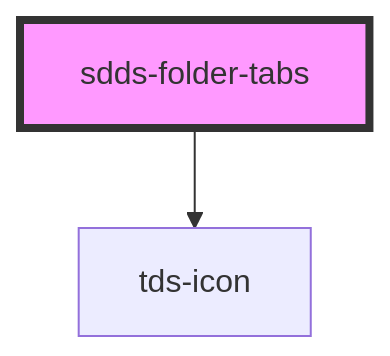
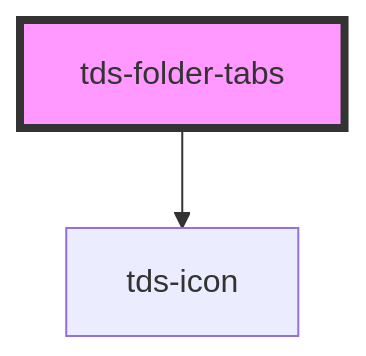
Before and after one commit to scania-digital-design-system/tegel: the diagram in core/src/components/tabs/folder-tabs/readme.md, drawn with Mermaid. The commit also changed other lines of this file and 8 other files, not shown here.

First line of the commit message:
feat(folder tabs): prefix change

````diff
--- a/core/src/components/tabs/folder-tabs/readme.md
+++ b/core/src/components/tabs/folder-tabs/readme.md
@@ -44,5 +44,5 @@
 ```mermaid
 graph TD;
-  sdds-folder-tabs --> tds-icon
-  style sdds-folder-tabs fill:#f9f,stroke:#333,stroke-width:4px
+  tds-folder-tabs --> tds-icon
+  style tds-folder-tabs fill:#f9f,stroke:#333,stroke-width:4px
 ```
````
